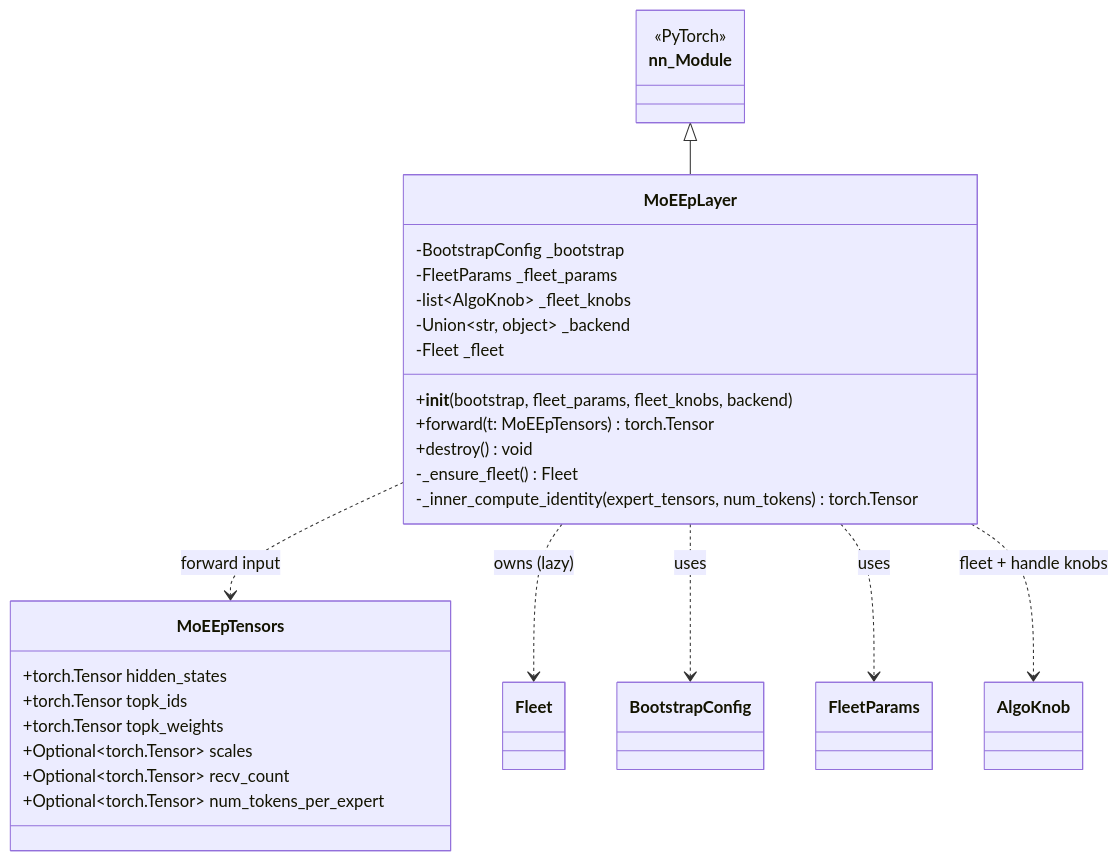
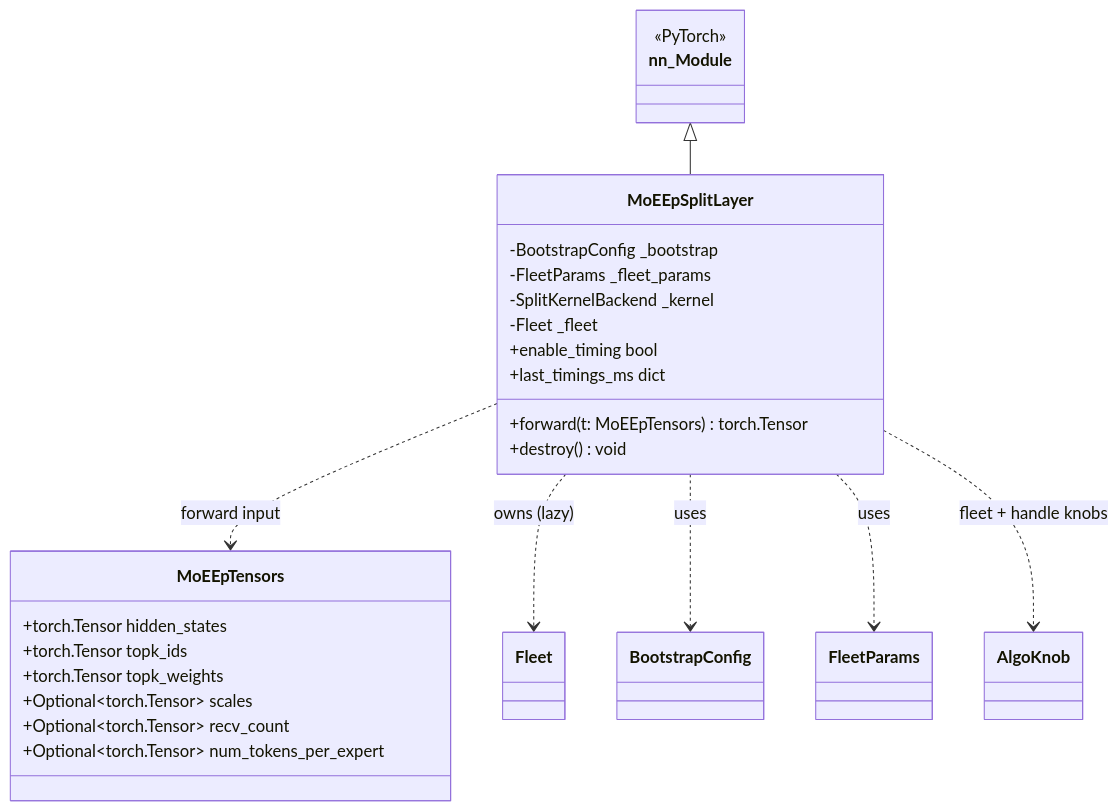
The fifth of 12 diagrams in docs/design_docs/moe_ep_current_design.md (flashinfer-ai/flashinfer), drawn with Mermaid before and after one commit. The commit also changed other lines of this file and 133 other files, not shown here.

````diff
--- a/docs/design_docs/moe_ep_current_design.md
+++ b/docs/design_docs/moe_ep_current_design.md
@@ -70,37 +237,35 @@
 ```mermaid
 classDiagram
     direction TB
 
     class nn_Module {
         <<PyTorch>>
     }
 
-    class MoEEpLayer {
+    class MoEEpSplitLayer {
         -BootstrapConfig _bootstrap
         -FleetParams _fleet_params
-        -list~AlgoKnob~ _fleet_knobs
-        -Union~str, object~ _backend
+        -SplitKernelBackend _kernel
         -Fleet _fleet
-        +__init__(bootstrap, fleet_params, fleet_knobs, backend)
         +forward(t: MoEEpTensors) torch.Tensor
         +destroy() void
-        -_ensure_fleet() Fleet
-        -_inner_compute_identity(expert_tensors, num_tokens) torch.Tensor
+        +enable_timing bool
+        +last_timings_ms dict
     }
 
     class MoEEpTensors {
         +torch.Tensor hidden_states
         +torch.Tensor topk_ids
         +torch.Tensor topk_weights
         +Optional~torch.Tensor~ scales
         +Optional~torch.Tensor~ recv_count
         +Optional~torch.Tensor~ num_tokens_per_expert
     }
 
-    nn_Module <|-- MoEEpLayer
-    MoEEpLayer ..> MoEEpTensors : forward input
-    MoEEpLayer ..> Fleet : owns (lazy)
-    MoEEpLayer ..> BootstrapConfig : uses
-    MoEEpLayer ..> FleetParams : uses
-    MoEEpLayer ..> AlgoKnob : fleet + handle knobs
+    nn_Module <|-- MoEEpSplitLayer
+    MoEEpSplitLayer ..> MoEEpTensors : forward input
+    MoEEpSplitLayer ..> Fleet : owns (lazy)
+    MoEEpSplitLayer ..> BootstrapConfig : uses
+    MoEEpSplitLayer ..> FleetParams : uses
+    MoEEpSplitLayer ..> AlgoKnob : fleet + handle knobs
 ```
````
